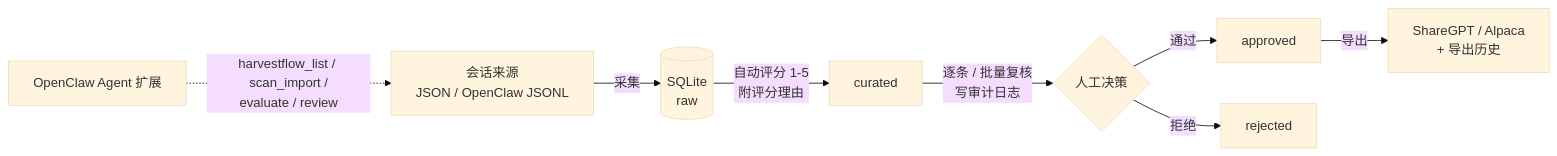
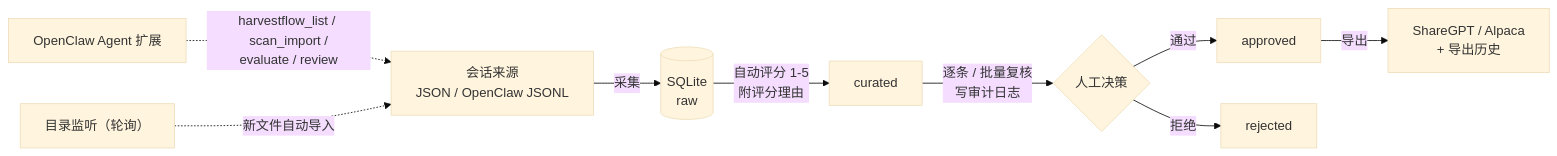
Before and after one commit to mcocdaa/HarvestFlow: the diagram in README.md, drawn with Mermaid (base theme). The commit also changed other lines of this file and 43 other files, not shown here.

````diff
--- a/README.md
+++ b/README.md
@@ -20,10 +21,11 @@
 ```mermaid
 flowchart LR
     A["会话来源<br/>JSON / OpenClaw JSONL"] -->|采集| B[("SQLite<br/>raw")]
     B -->|自动评分 1-5<br/>附评分理由| C["curated"]
     C -->|逐条 / 批量复核<br/>写审计日志| D{"人工决策"}
     D -->|通过| E["approved"]
     D -->|拒绝| F["rejected"]
     E -->|导出| G["ShareGPT / Alpaca<br/>+ 导出历史"]
     H["OpenClaw Agent 扩展"] -. "harvestflow_list / scan_import /<br/>evaluate / review" .-> A
+    W["目录监听（轮询）"] -. "新文件自动导入" .-> A
 ```
````
